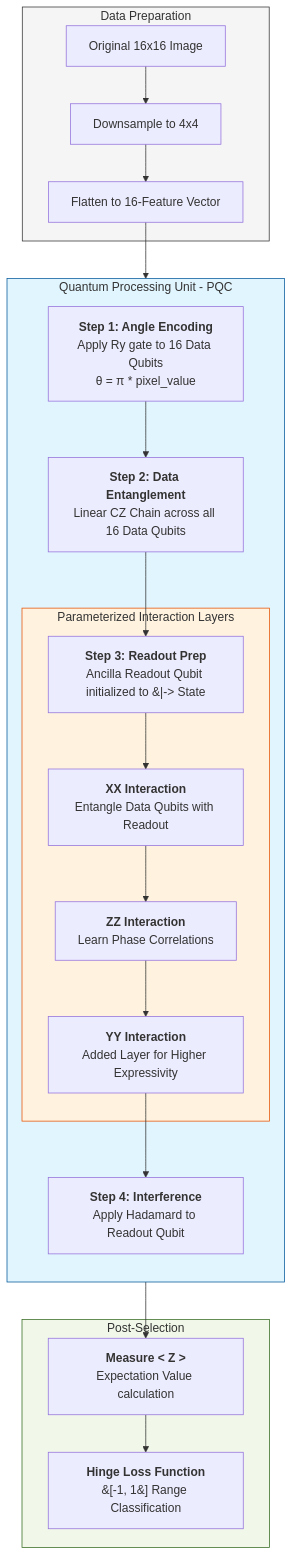
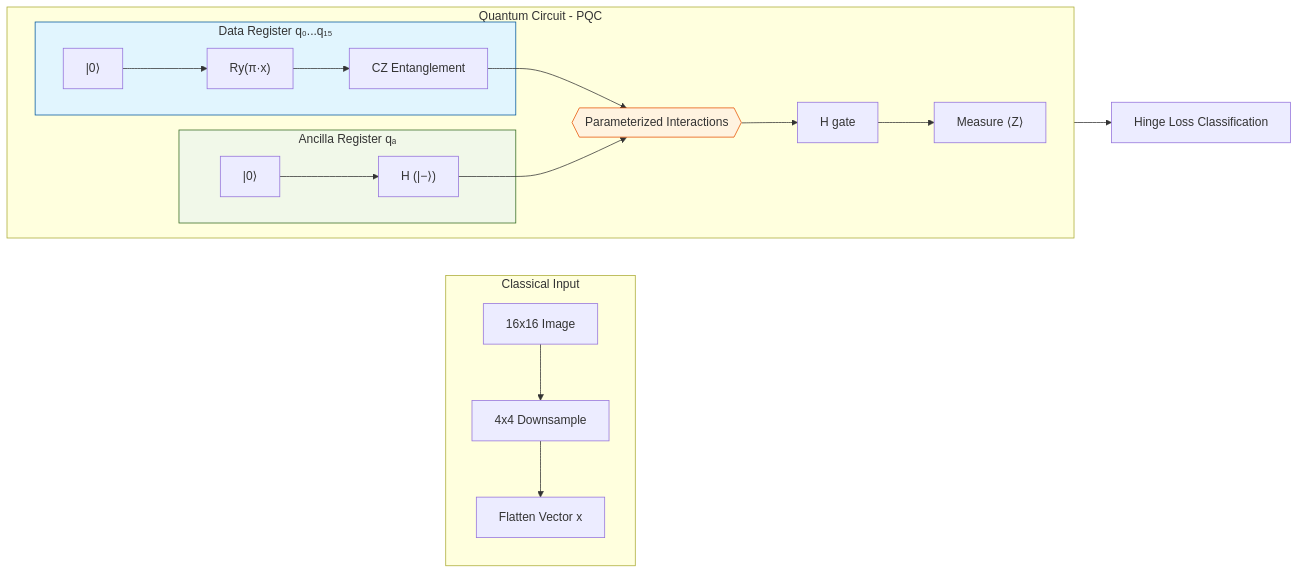
Before and after one commit to juleshenry/quantum-mnist: the diagram in README.md, drawn with Mermaid.

````diff
--- a/README.md
+++ b/README.md
@@ -26,34 +26,32 @@
 ```mermaid
-graph TD
-    subgraph Classical_Preprocessing [Data Preparation]
-        A[Original 16x16 Image] --> B[Downsample to 4x4]
-        B --> C[Flatten to 16-Feature Vector]
+graph LR
+    subgraph Classical_Prep [Classical Input]
+        A[16x16 Image] --> B[4x4 Downsample]
+        B --> C[Flatten Vector x]
     end
 
-    subgraph Quantum_Circuit [Quantum Processing Unit - PQC]
-        direction TB
-        C --> D[<b>Step 1: Angle Encoding</b><br/>Apply Ry gate to 16 Data Qubits<br/>θ = π * pixel_value]
-
-        D --> E[<b>Step 2: Data Entanglement</b><br/>Linear CZ Chain across all 16 Data Qubits]
-
-        E --> F[<b>Step 3: Readout Prep</b><br/>Ancilla Readout Qubit initialized to &#124;-&gt; State]
-
-        subgraph PQC_Layers [Parameterized Interaction Layers]
-            F --> G[<b>XX Interaction</b><br/>Entangle Data Qubits with Readout]
-            G --> H[<b>ZZ Interaction</b><br/>Learn Phase Correlations]
-            H --> I[<b>YY Interaction</b><br/>Added Layer for Higher Expressivity]
+    subgraph Quantum_Circuit [Quantum Circuit - PQC]
+        direction LR
+        
+        subgraph Data_Register [Data Register q₀...q₁₅]
+            D_Init["|0⟩"] --> D_Enc["Ry(π·x)"]
+            D_Enc --> D_Ent["CZ Entanglement"]
         end
 
-        I --> J[<b>Step 4: Interference</b><br/>Apply Hadamard to Readout Qubit]
+        subgraph Ancilla_Register [Ancilla Register qₐ]
+            A_Init["|0⟩"] --> A_Prep["H (|−⟩)"]
+        end
+
+        D_Ent --> PQC_Core{{Parameterized Interactions}}
+        A_Prep --> PQC_Core
+        
+        PQC_Core --> A_Post["H gate"]
+        A_Post --> A_Meas["Measure ⟨Z⟩"]
     end
 
-    subgraph Output_Layer [Post-Selection]
-        J --> K[<b>Measure < Z ></b><br/>Expectation Value calculation]
-        K --> L[<b>Hinge Loss Function</b><br/>&#91;-1, 1&#93; Range Classification]
-    end
+    A_Meas --> Loss[Hinge Loss Classification]
 
-    style Quantum_Circuit fill:#e1f5fe,stroke:#01579b
-    style PQC_Layers fill:#fff3e0,stroke:#e65100
-    style Classical_Preprocessing fill:#f5f5f5,stroke:#333
-    style Output_Layer fill:#f1f8e9,stroke:#33691e
+    style Data_Register fill:#e1f5fe,stroke:#01579b
+    style Ancilla_Register fill:#f1f8e9,stroke:#33691e
+    style PQC_Core fill:#fff3e0,stroke:#e65100
 ```
````
